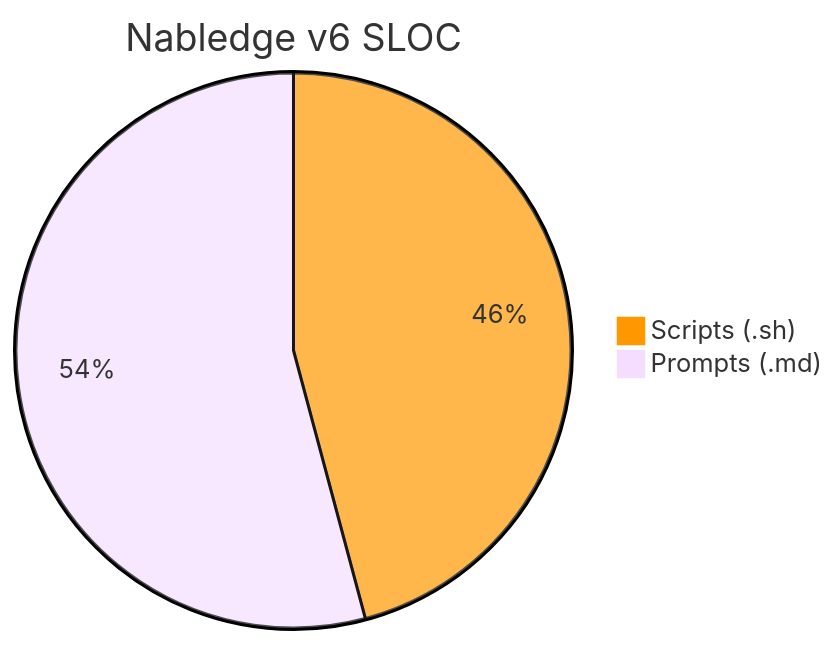
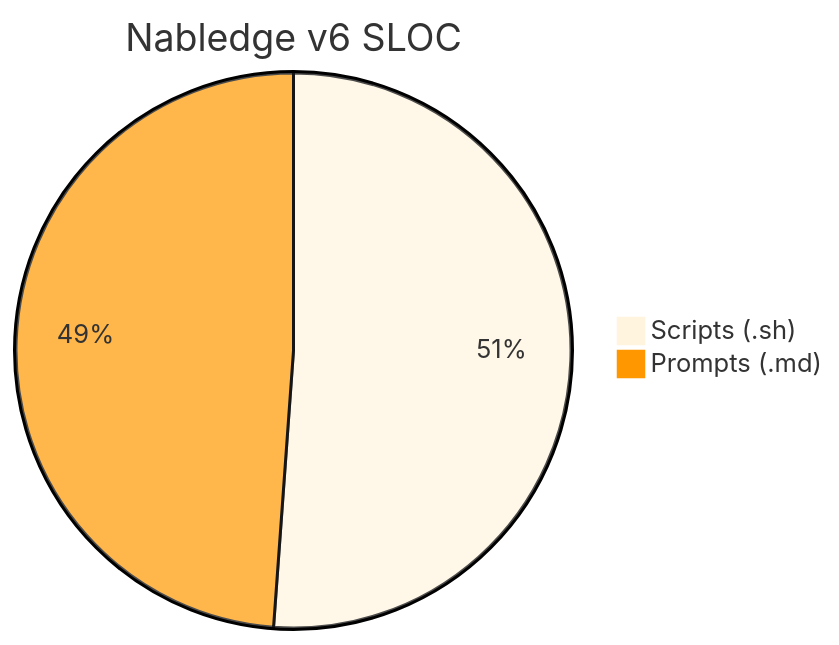
Before and after one commit to nablarch/nabledge-dev: the ninth of 14 diagrams in docs/metrics.md, drawn with Mermaid. The commit also changed other lines of this file and 2 other files, not shown here.

````diff
--- a/docs/metrics.md
+++ b/docs/metrics.md
@@ -132,6 +132,6 @@
 ```mermaid
-%%{init: {'theme': 'base', 'themeVariables': {'pie1': '#FF9800'}}}%%
+%%{init: {'theme': 'base', 'themeVariables': {'pie2': '#FF9800'}}}%%
 pie title Nabledge v6 SLOC
   "Scripts (.sh)" : 1116
-  "Prompts (.md)" : 1319
+  "Prompts (.md)" : 1066
 ```
````
